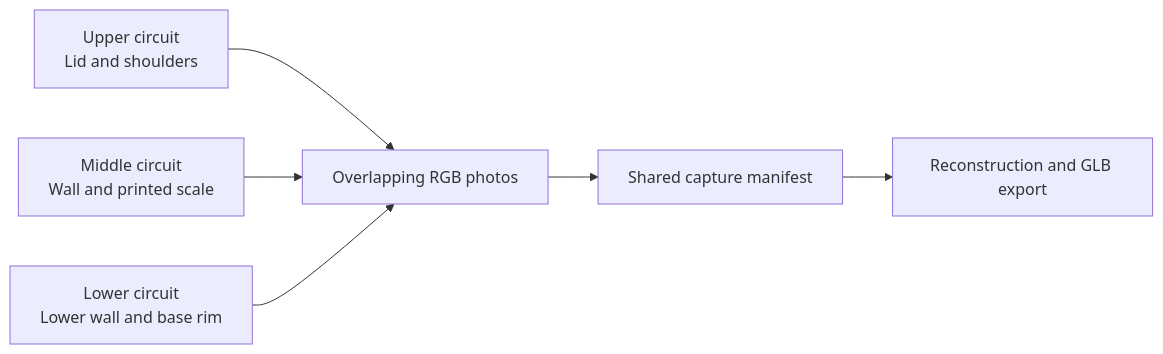
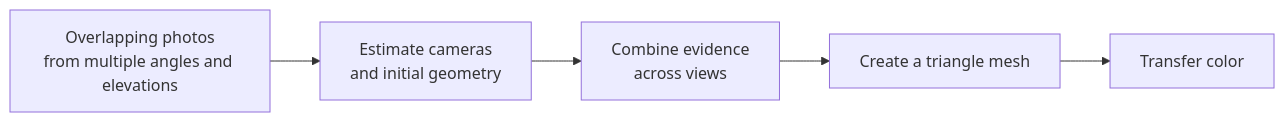
Before and after one commit to ayush-chauhan-1202/multiview_reconstruction_methods: the first of 2 diagrams in README.md, drawn with Mermaid. The commit also changed other lines of this file, not shown here.

````diff
--- a/README.md
+++ b/README.md
@@ -11,8 +9,8 @@
 ```mermaid
 flowchart LR
-    A["Upper circuit<br/>Lid and shoulders"] --> D["Overlapping RGB photos"]
-    B["Middle circuit<br/>Wall and printed scale"] --> D
-    C["Lower circuit<br/>Lower wall and base rim"] --> D
-    D --> E["Shared capture manifest"]
-    E --> F["Reconstruction and GLB export"]
+    A["Overlapping photos<br/>from multiple angles and elevations"]
+    A --> B["Estimate cameras<br/>and initial geometry"]
+    B --> C["Combine evidence<br/>across views"]
+    C --> D["Create a triangle mesh"]
+    D --> E["Transfer color"]
 ```
````
